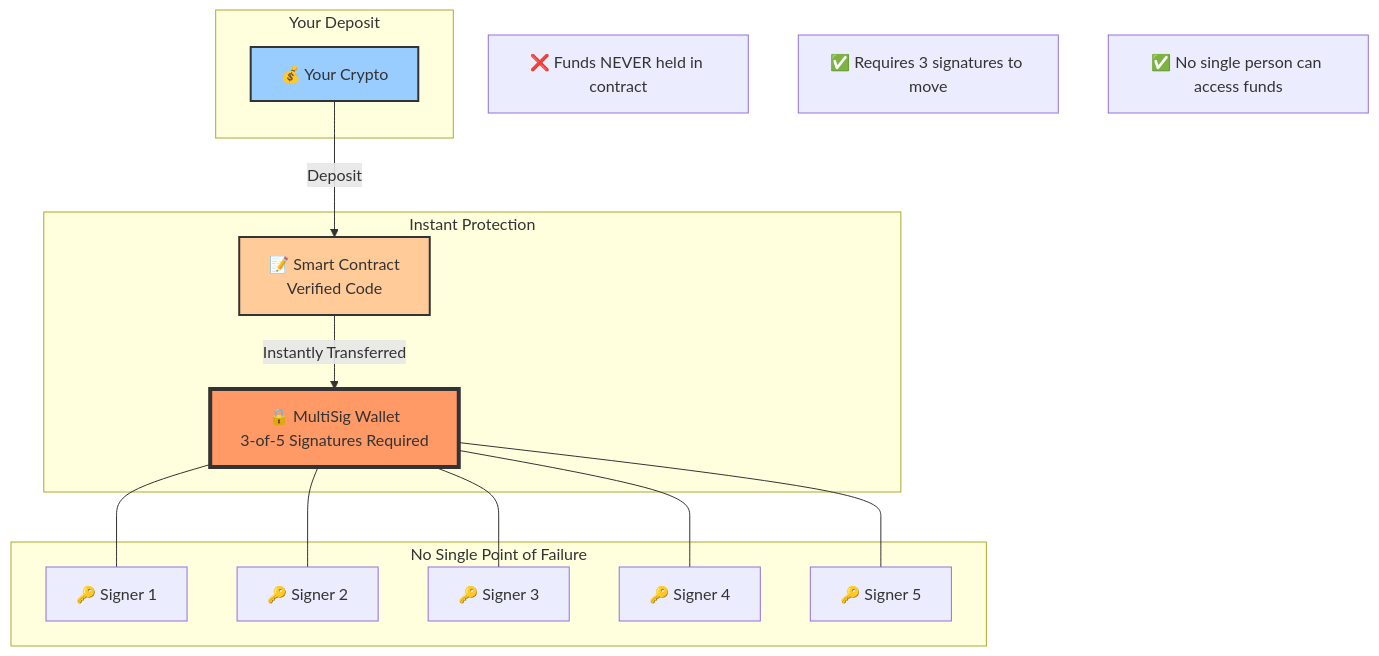
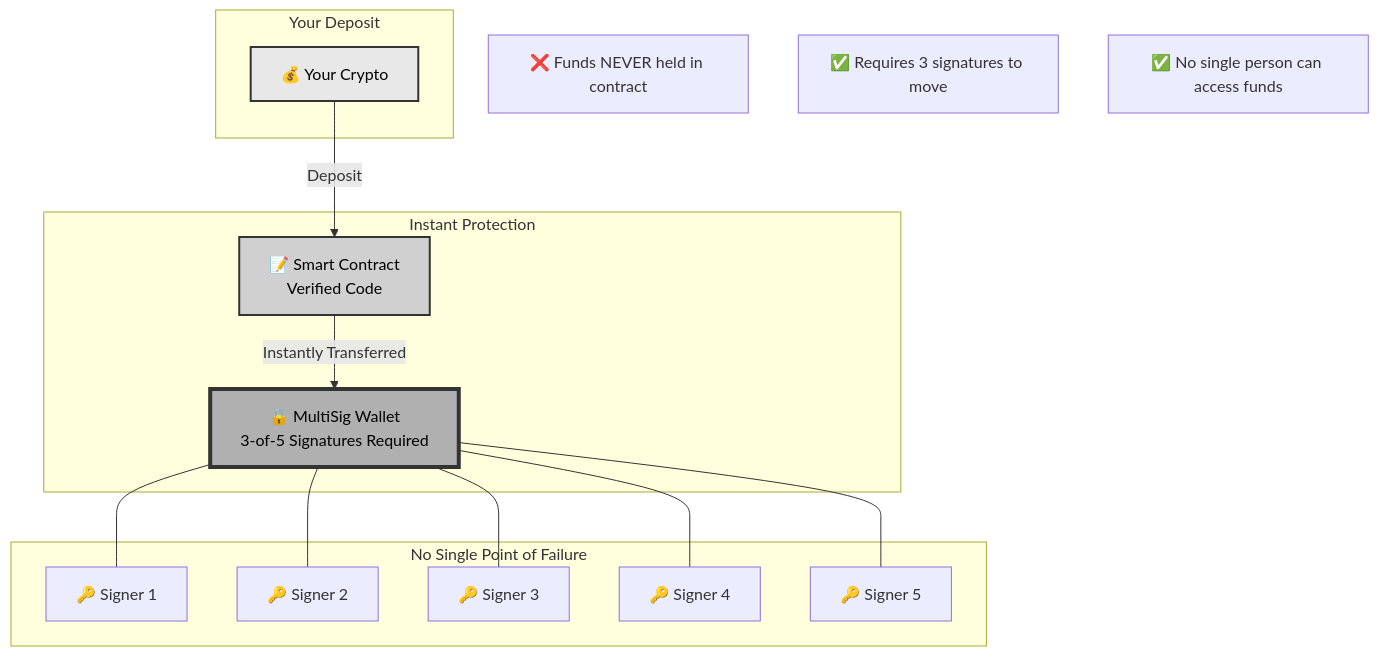
The second of 13 diagrams in ARCHITECTURE.md (VaporFund/vapor-staking-platform-docs), drawn with Mermaid before and after one commit. The commit also changed other lines of this file and 1 other file, not shown here.

First line of the commit message:
docs: enhance ARCHITECTURE.md with explanations and grayscale styling

````diff
--- a/ARCHITECTURE.md
+++ b/ARCHITECTURE.md
@@ -48,36 +48,36 @@
 ```mermaid
 graph TB
     subgraph "Your Deposit"
         USER[💰 Your Crypto]
     end
 
     subgraph "Instant Protection"
         CONTRACT[📝 Smart Contract<br/>Verified Code]
         MULTISIG[🔒 MultiSig Wallet<br/>3-of-5 Signatures Required]
     end
 
     subgraph "No Single Point of Failure"
         KEY1[🔑 Signer 1]
         KEY2[🔑 Signer 2]
         KEY3[🔑 Signer 3]
         KEY4[🔑 Signer 4]
         KEY5[🔑 Signer 5]
     end
 
     USER -->|Deposit| CONTRACT
     CONTRACT -->|Instantly Transferred| MULTISIG
 
     MULTISIG --- KEY1
     MULTISIG --- KEY2
     MULTISIG --- KEY3
     MULTISIG --- KEY4
     MULTISIG --- KEY5
 
     Note1[❌ Funds NEVER held in contract]
     Note2[✅ Requires 3 signatures to move]
     Note3[✅ No single person can access funds]
 
-    style USER fill:#9cf,stroke:#333,stroke-width:2px
-    style MULTISIG fill:#f96,stroke:#333,stroke-width:4px
-    style CONTRACT fill:#fc9,stroke:#333,stroke-width:2px
+    style USER fill:#e8e8e8,stroke:#333,stroke-width:2px,color:#000
+    style MULTISIG fill:#b0b0b0,stroke:#333,stroke-width:4px,color:#000
+    style CONTRACT fill:#d0d0d0,stroke:#333,stroke-width:2px,color:#000
 ```
````
